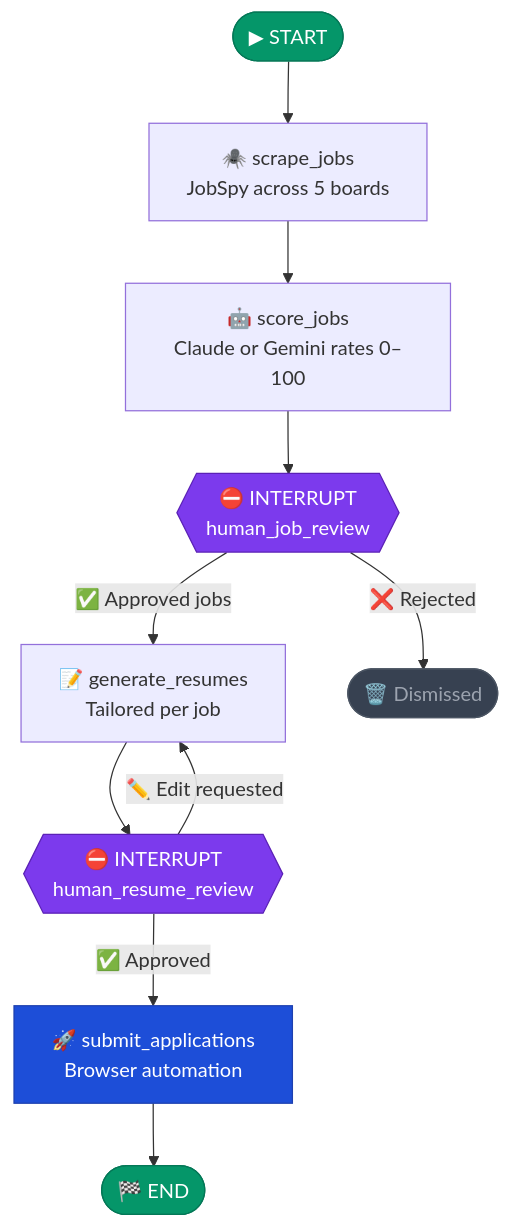
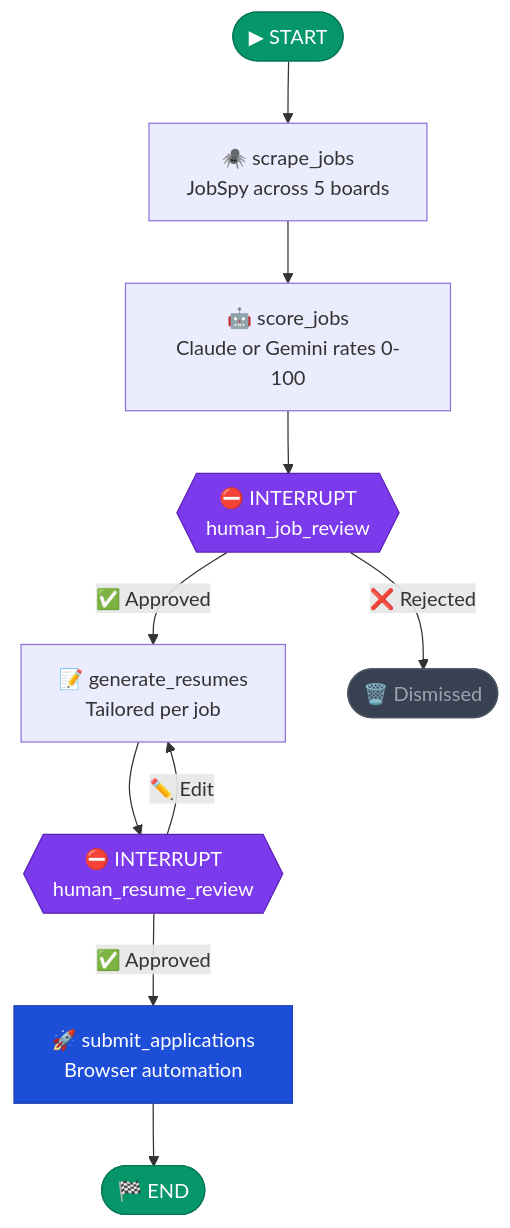
One commit to parnish007/jobagent changed the third of 3 diagrams in README.md. Above: the diagram before and after it, drawn with Mermaid. The commit also changed other lines of this file and 5 other files, not shown here.

````diff
--- a/README.md
+++ b/README.md
@@ -244,19 +241,19 @@
 ```mermaid
 flowchart TD
     START(["▶ START"]) --> SCRAPE["🕷️ scrape_jobs\nJobSpy across 5 boards"]
-    SCRAPE --> SCORE["🤖 score_jobs\nClaude or Gemini rates 0–100"]
+    SCRAPE --> SCORE["🤖 score_jobs\nClaude or Gemini rates 0-100"]
     SCORE --> GATE1{{"⛔ INTERRUPT\nhuman_job_review"}}
-    GATE1 -->|"✅ Approved jobs"| RESUME["📝 generate_resumes\nTailored per job"]
+    GATE1 -->|"✅ Approved"| RESUME["📝 generate_resumes\nTailored per job"]
     GATE1 -->|"❌ Rejected"| DISCARD(["🗑️ Dismissed"])
     RESUME --> GATE2{{"⛔ INTERRUPT\nhuman_resume_review"}}
-    GATE2 -->|"✏️ Edit requested"| RESUME
+    GATE2 -->|"✏️ Edit"| RESUME
     GATE2 -->|"✅ Approved"| SUBMIT["🚀 submit_applications\nBrowser automation"]
     SUBMIT --> END(["🏁 END"])
 
     style GATE1 fill:#7C3AED,color:#fff,stroke:#5B21B6
     style GATE2 fill:#7C3AED,color:#fff,stroke:#5B21B6
     style START fill:#059669,color:#fff,stroke:#047857
     style END fill:#059669,color:#fff,stroke:#047857
     style DISCARD fill:#374151,color:#9CA3AF,stroke:#4B5563
     style SUBMIT fill:#1D4ED8,color:#fff,stroke:#1E40AF
 ```
````
